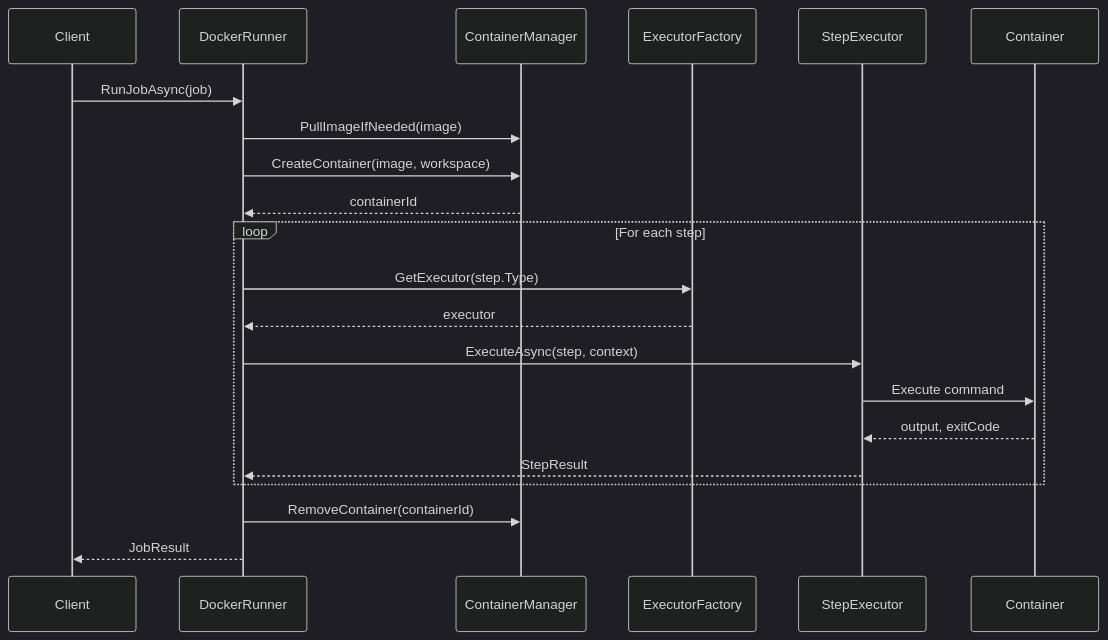
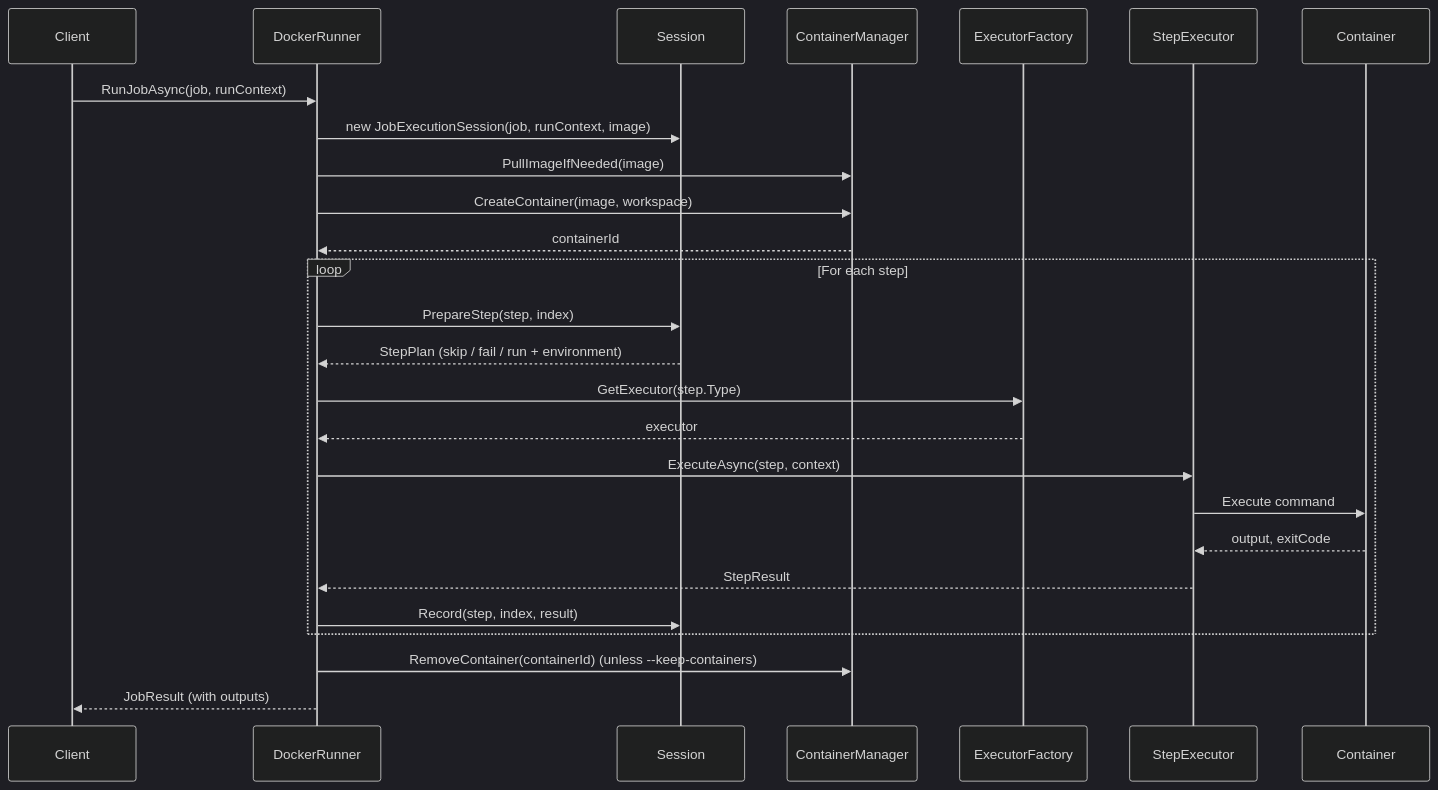
The second of 4 diagrams in docs/developers/architecture/runners.md (AdamWyatt34/PDK), drawn with Mermaid (dark theme) before and after one commit. The commit also changed other lines of this file and 13 other files, not shown here.

````diff
--- a/docs/developers/architecture/runners.md
+++ b/docs/developers/architecture/runners.md
@@ -142,26 +153,31 @@
 ```mermaid
 sequenceDiagram
     participant Client
     participant DockerRunner
+    participant Session
     participant ContainerManager
     participant ExecutorFactory
     participant StepExecutor
     participant Container
 
-    Client->>DockerRunner: RunJobAsync(job)
+    Client->>DockerRunner: RunJobAsync(job, runContext)
+    DockerRunner->>Session: new JobExecutionSession(job, runContext, image)
     DockerRunner->>ContainerManager: PullImageIfNeeded(image)
     DockerRunner->>ContainerManager: CreateContainer(image, workspace)
     ContainerManager-->>DockerRunner: containerId
 
     loop For each step
+        DockerRunner->>Session: PrepareStep(step, index)
+        Session-->>DockerRunner: StepPlan (skip / fail / run + environment)
         DockerRunner->>ExecutorFactory: GetExecutor(step.Type)
         ExecutorFactory-->>DockerRunner: executor
         DockerRunner->>StepExecutor: ExecuteAsync(step, context)
         StepExecutor->>Container: Execute command
         Container-->>StepExecutor: output, exitCode
         StepExecutor-->>DockerRunner: StepResult
+        DockerRunner->>Session: Record(step, index, result)
     end
 
-    DockerRunner->>ContainerManager: RemoveContainer(containerId)
-    DockerRunner-->>Client: JobResult
+    DockerRunner->>ContainerManager: RemoveContainer(containerId) (unless --keep-containers)
+    DockerRunner-->>Client: JobResult (with outputs)
 ```
````
